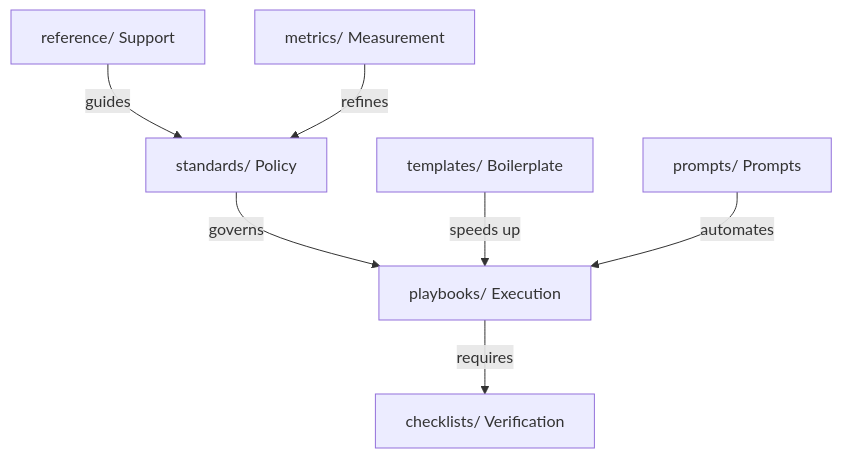
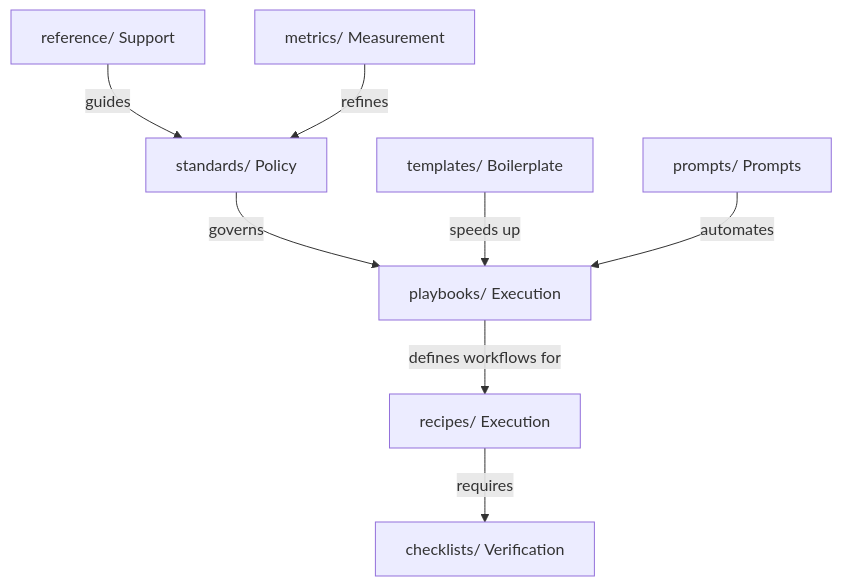
One commit to dosoftcreations/ai-engineering-playbook changed the diagram in REPOSITORY_MAP.md. Above: the diagram before and after it, drawn with Mermaid. The commit also changed other lines of this file and 15 other files, not shown here.

````diff
--- a/REPOSITORY_MAP.md
+++ b/REPOSITORY_MAP.md
@@ -71,9 +67,10 @@
 ```mermaid
 graph TD
     standards[standards/ Policy] -->|governs| playbooks[playbooks/ Execution]
-    playbooks -->|requires| checklists[checklists/ Verification]
+    playbooks -->|defines workflows for| recipes[recipes/ Execution]
+    recipes -->|requires| checklists[checklists/ Verification]
     templates[templates/ Boilerplate] -->|speeds up| playbooks
     prompts[prompts/ Prompts] -->|automates| playbooks
     reference[reference/ Support] -->|guides| standards
     metrics[metrics/ Measurement] -->|refines| standards
 ```
````
